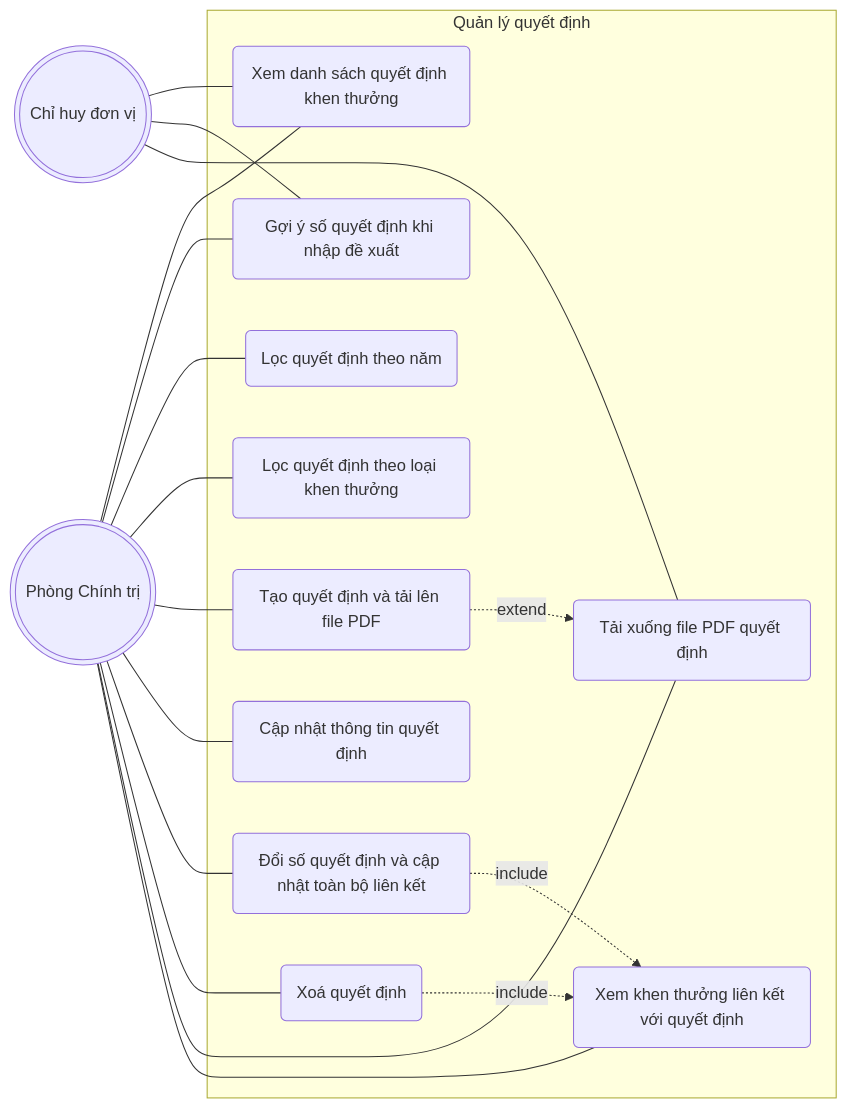
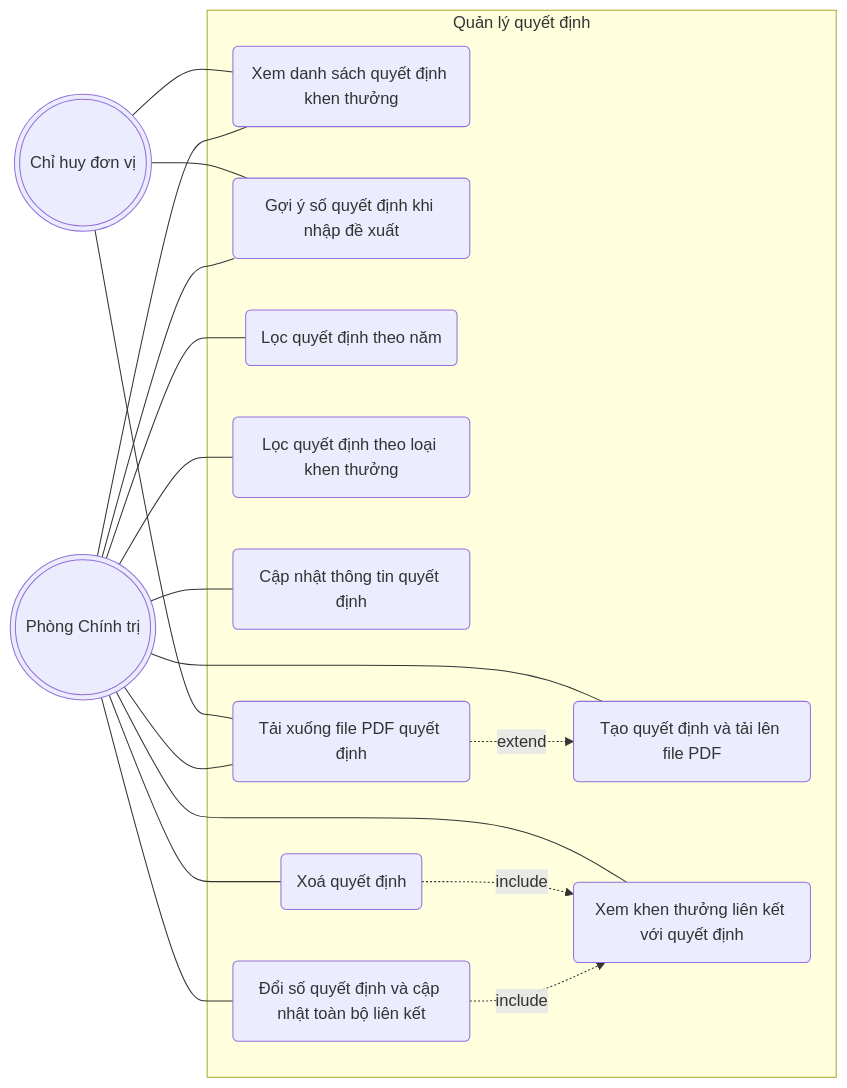
Before and after one commit to tranducbk/DATN_PM_QLKT: diagram 14 of 15 in docs/diagrams/01-use-case.md, drawn with Mermaid. The commit also changed other lines of this file and 69 other files, not shown here.

````diff
--- a/docs/diagrams/01-use-case.md
+++ b/docs/diagrams/01-use-case.md
@@ -694,37 +714,37 @@
 ```mermaid
 flowchart LR
     AD(((Phòng Chính trị)))
     MG(((Chỉ huy đơn vị)))
 
     subgraph SYS[Quản lý quyết định]
         UC1(Xem danh sách quyết định khen thưởng)
         UC2(Gợi ý số quyết định khi nhập đề xuất)
         UC3(Lọc quyết định theo năm)
         UC4(Lọc quyết định theo loại khen thưởng)
         UC5(Tạo quyết định và tải lên file PDF)
         UC6(Cập nhật thông tin quyết định)
         UC7(Đổi số quyết định và cập nhật toàn bộ liên kết)
         UC8(Xoá quyết định)
         UC9(Tải xuống file PDF quyết định)
         UC10(Xem khen thưởng liên kết với quyết định)
 
-        UC5 -.->|extend| UC9
+        UC9 -.->|extend| UC5
         UC7 -.->|include| UC10
         UC8 -.->|include| UC10
     end
 
     AD --- UC1
     AD --- UC2
     AD --- UC3
     AD --- UC4
     AD --- UC5
     AD --- UC6
     AD --- UC7
     AD --- UC8
     AD --- UC9
     AD --- UC10
 
     MG --- UC1
     MG --- UC2
     MG --- UC9
 ```
````
